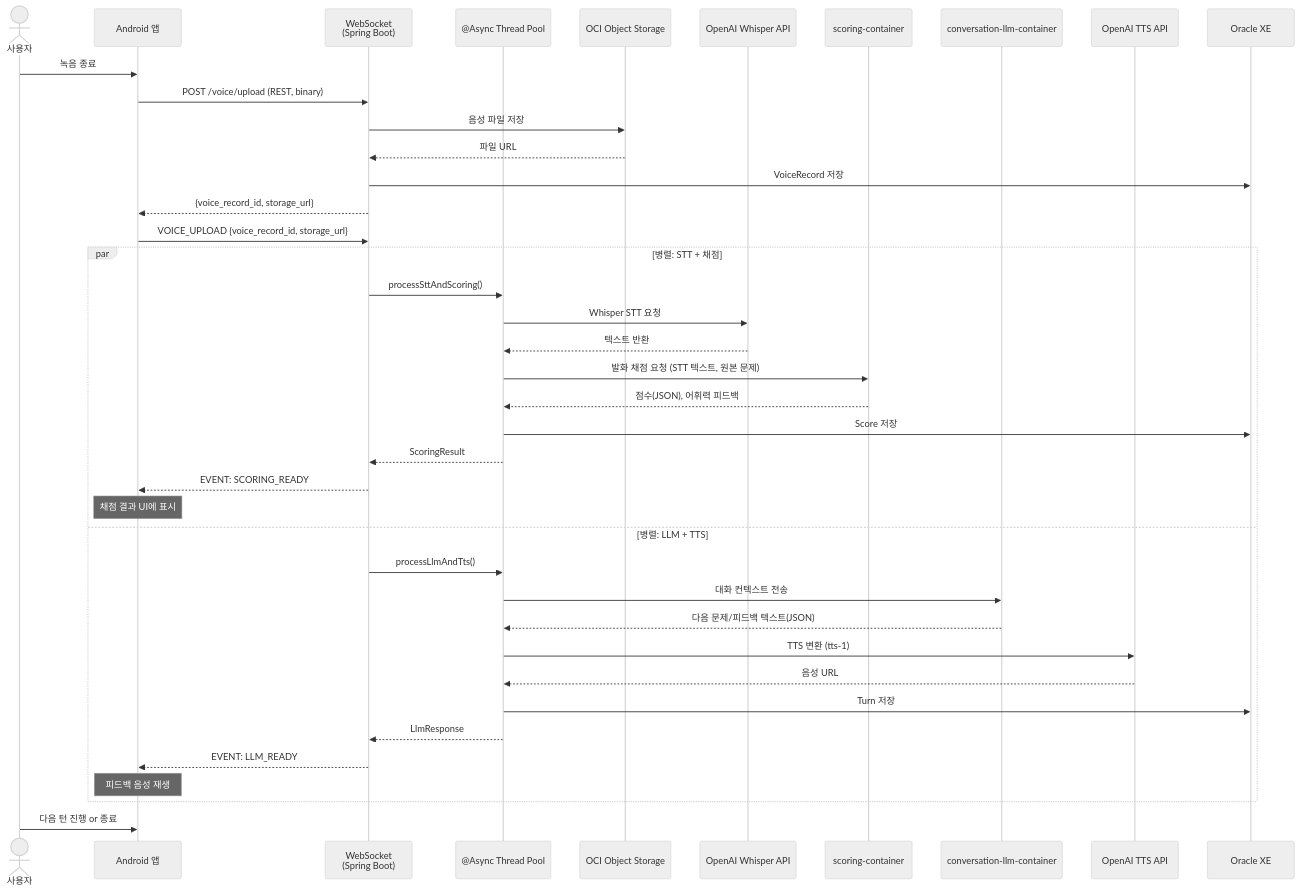
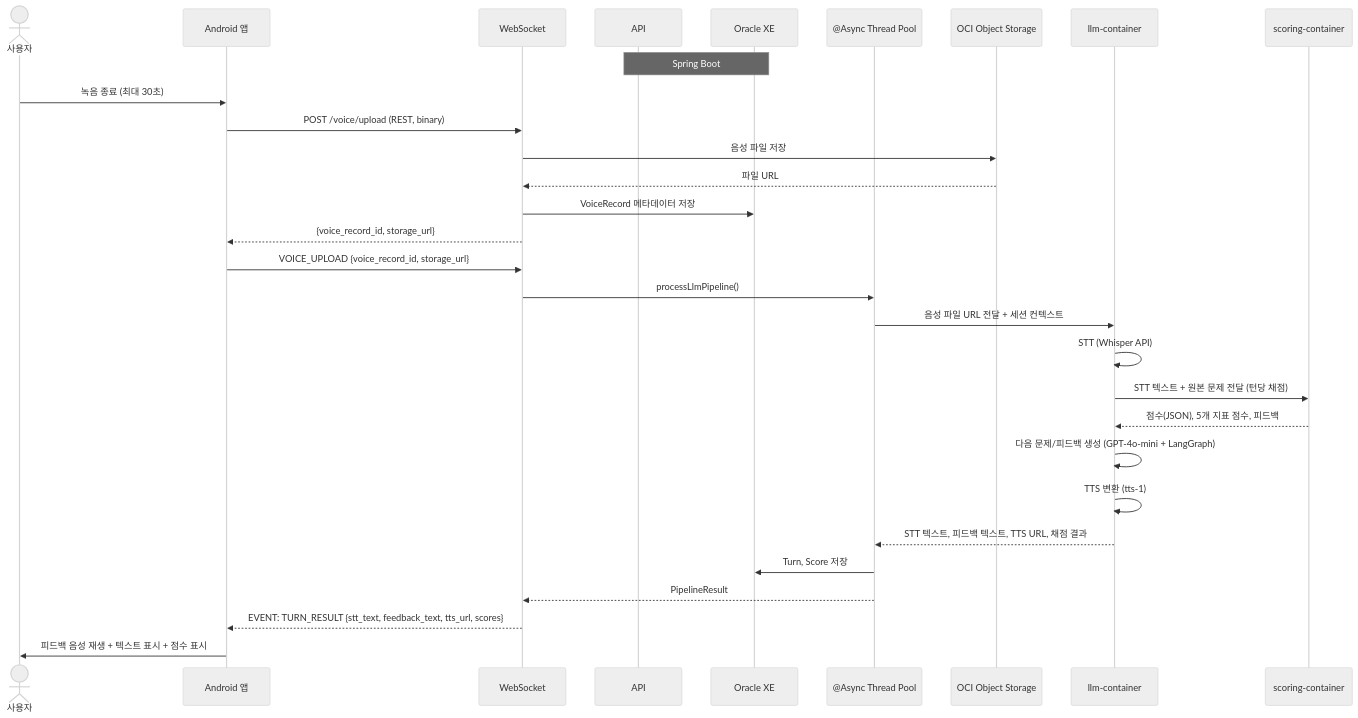
Before and after one commit to 2026SeSAC-Oracle-Team2/Documentations: the second of 3 diagrams in 02_System_Design_Document.md, drawn with Mermaid (neutral theme). The commit also changed other lines of this file and 7 other files, not shown here.

````diff
--- a/02_System_Design_Document.md
+++ b/02_System_Design_Document.md
@@ -282,45 +299,33 @@
 ```mermaid
 sequenceDiagram
     actor U as 사용자
     participant A as Android 앱
-    participant WS as WebSocket<br/>(Spring Boot)
+    participant WS as WebSocket
+Note over API,DB: Spring Boot
     participant AS as @Async Thread Pool
     participant O as OCI Object Storage
-    participant W as OpenAI Whisper API
+    participant LLM as llm-container
     participant SC as scoring-container
-    participant CC as conversation-llm-container
-    participant T as OpenAI TTS API
     participant DB as Oracle XE
 
-    U->>A: 녹음 종료
+    U->>A: 녹음 종료 (최대 30초)
     A->>WS: POST /voice/upload (REST, binary)
     WS->>O: 음성 파일 저장
     O-->>WS: 파일 URL
-    WS->>DB: VoiceRecord 저장
+    WS->>DB: VoiceRecord 메타데이터 저장
     WS-->>A: {voice_record_id, storage_url}
     A->>WS: VOICE_UPLOAD {voice_record_id, storage_url}
 
-    par 병렬: STT + 채점
-        WS->>AS: processSttAndScoring()
-        AS->>W: Whisper STT 요청
-        W-->>AS: 텍스트 반환
-        AS->>SC: 발화 채점 요청 (STT 텍스트, 원본 문제)
-        SC-->>AS: 점수(JSON), 어휘력 피드백
-        AS->>DB: Score 저장
-        AS-->>WS: ScoringResult
-        WS-->>A: EVENT: SCORING_READY
-        Note over A: 채점 결과 UI에 표시
-    and 병렬: LLM + TTS
-        WS->>AS: processLlmAndTts()
-        AS->>CC: 대화 컨텍스트 전송
-        CC-->>AS: 다음 문제/피드백 텍스트(JSON)
-        AS->>T: TTS 변환 (tts-1)
-        T-->>AS: 음성 URL
-        AS->>DB: Turn 저장
-        AS-->>WS: LlmResponse
-        WS-->>A: EVENT: LLM_READY
-        Note over A: 피드백 음성 재생
-    end
-
-    U->>A: 다음 턴 진행 or 종료
+    WS->>AS: processLlmPipeline()
+    AS->>LLM: 음성 파일 URL 전달 + 세션 컨텍스트
+    LLM->>LLM: STT (Whisper API)
+    LLM->>SC: STT 텍스트 + 원본 문제 전달 (턴당 채점)
+    SC-->>LLM: 점수(JSON), 5개 지표 점수, 피드백
+    LLM->>LLM: 다음 문제/피드백 생성 (GPT-4o-mini + LangGraph)
+    LLM->>LLM: TTS 변환 (tts-1)
+    LLM-->>AS: STT 텍스트, 피드백 텍스트, TTS URL, 채점 결과
+    AS->>DB: Turn, Score 저장
+    AS-->>WS: PipelineResult
+    WS-->>A: EVENT: TURN_RESULT {stt_text, feedback_text, tts_url, scores}
+    A->>U: 피드백 음성 재생 + 텍스트 표시 + 점수 표시
 ```
````
